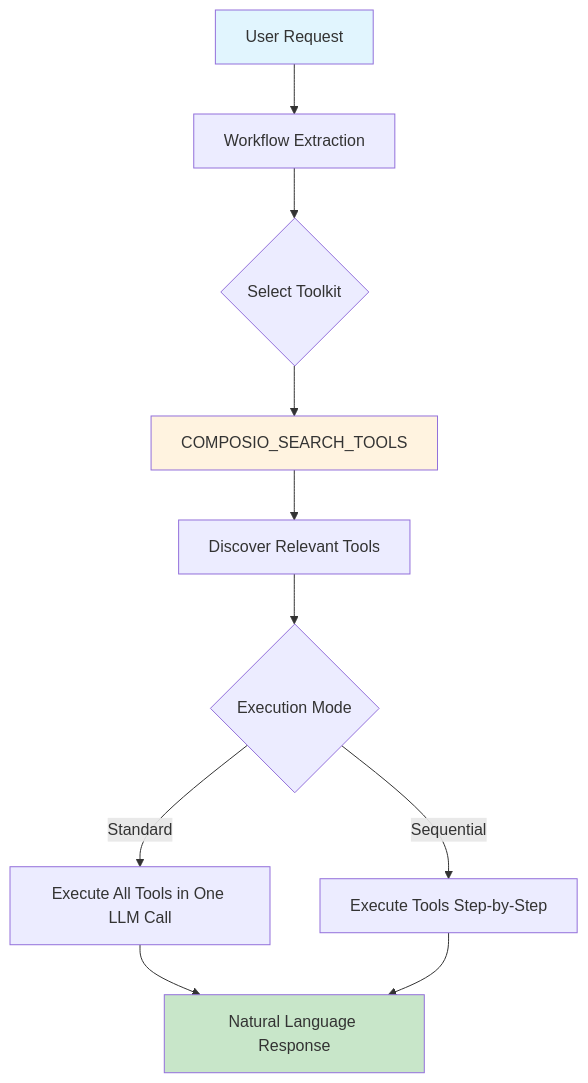
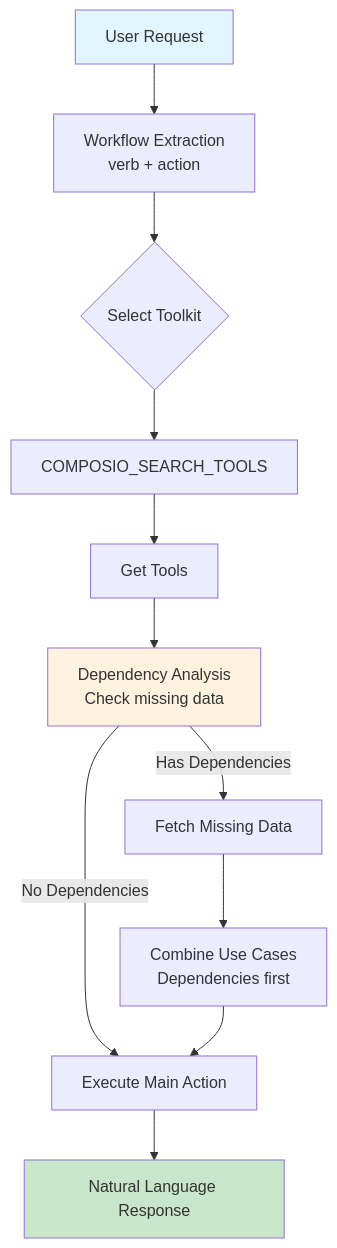
One commit to standujar/plugin-composio changed the first of 2 diagrams in README.md. Above: the diagram before and after it, drawn with Mermaid. The commit also changed other lines of this file, not shown here.

Commit message:
Update README.md to reflect new features and optimizations in version 1.2.13, including smart dependency resolution, optimized templates, and enhanced workflow analysis.

````diff
--- a/README.md
+++ b/README.md
@@ -158,16 +172,17 @@
 ```mermaid
 graph TD
-    A[User Request] --> B[Workflow Extraction]
+    A[User Request] --> B[Workflow Extraction<br/>verb + action]
     B --> C{Select Toolkit}
     C --> D[COMPOSIO_SEARCH_TOOLS]
-    D --> E[Discover Relevant Tools]
-    E --> F{Execution Mode}
-    F -->|Standard| G[Execute All Tools in One LLM Call]
-    F -->|Sequential| H[Execute Tools Step-by-Step]
-    G --> I[Natural Language Response]
-    H --> I
+    D --> E[Get Tools]
+    E --> F[Dependency Analysis<br/>Check missing data]
+    F -->|Has Dependencies| G[Fetch Missing Data]
+    F -->|No Dependencies| H[Execute Main Action]
+    G --> I[Combine Use Cases<br/>Dependencies first]
+    I --> H
+    H --> J[Natural Language Response]
     
     style A fill:#e1f5fe
-    style I fill:#c8e6c9
-    style D fill:#fff3e0
+    style J fill:#c8e6c9
+    style F fill:#fff3e0
 ```
````
